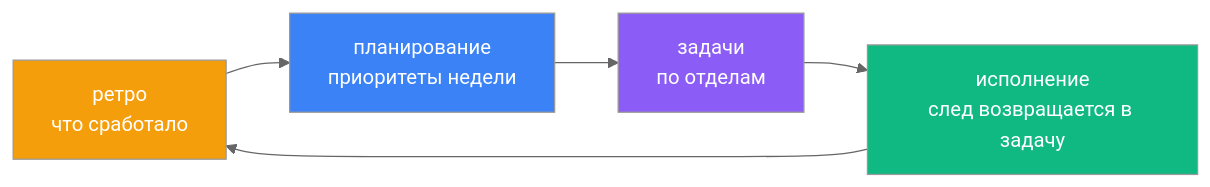
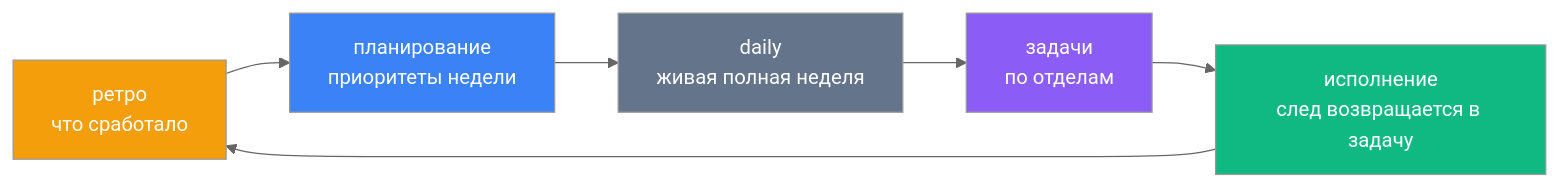
One commit to dan4201952-hue/personal-corp-os changed the second of 2 diagrams in README.ru.md. Above: the diagram before and after it, drawn with Mermaid (neutral theme). The commit also changed other lines of this file and 19 other files, not shown here.

````diff
--- a/README.ru.md
+++ b/README.ru.md
@@ -111,11 +111,13 @@
 ```mermaid
 graph LR
     R["ретро<br/>что сработало"] --> P["планирование<br/>приоритеты недели"]
-    P --> T["задачи<br/>по отделам"]
+    P --> D["daily<br/>живая полная неделя"]
+    D --> T["задачи<br/>по отделам"]
     T --> E["исполнение<br/>след возвращается в задачу"]
     E --> R
     style R fill:#f59e0b,color:#fff
     style P fill:#3b82f6,color:#fff
+    style D fill:#64748b,color:#fff
     style T fill:#8b5cf6,color:#fff
     style E fill:#10b981,color:#fff
 ```
````
